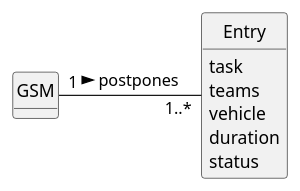
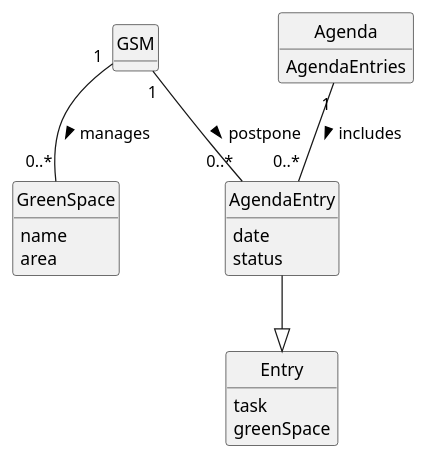
One commit to diogoveirospro/lei-24-s2-1dg-g072 changed the diagram in docs/sprintC/us024/02.analysis/puml/us024-domain-model.puml. Above: the diagram before and after it, drawn with PlantUML. The commit also changed 5 other files, not shown here.

```diff
--- a/docs/sprintC/us024/02.analysis/puml/us024-domain-model.puml
+++ b/docs/sprintC/us024/02.analysis/puml/us024-domain-model.puml
@@ -1,27 +1,49 @@
 @startuml
+
+skinparam monochrome true
+skinparam packageStyle rectangle
+skinparam shadowing false
+
+'left to right direction
 skinparam monochrome true
 skinparam packageStyle rectangle
 skinparam shadowing false
 
 'left to right direction
 
 skinparam classAttributeIconSize 0
 hide circles
 hide methods
 
 
-class GSM{
+class GSM {
 
 }
 
-class Entry{
+class GreenSpace {
+  name
+  area
+}
+
+class Entry {
     task
-    teams
-    vehicle
-    duration
+    greenSpace
+}
+
+class AgendaEntry {
+    date
     status
 }
 
-GSM "1"-"   1..*" Entry: postpones >
+class Agenda {
+    AgendaEntries
+}
+
+
+GSM "1" -- "0..*" GreenSpace : manages >
+Agenda "1" -- "0..*" AgendaEntry : includes >
+AgendaEntry --|> Entry
+GSM "1" -- "0..*" AgendaEntry : postpone >
+
 
 @enduml
```
